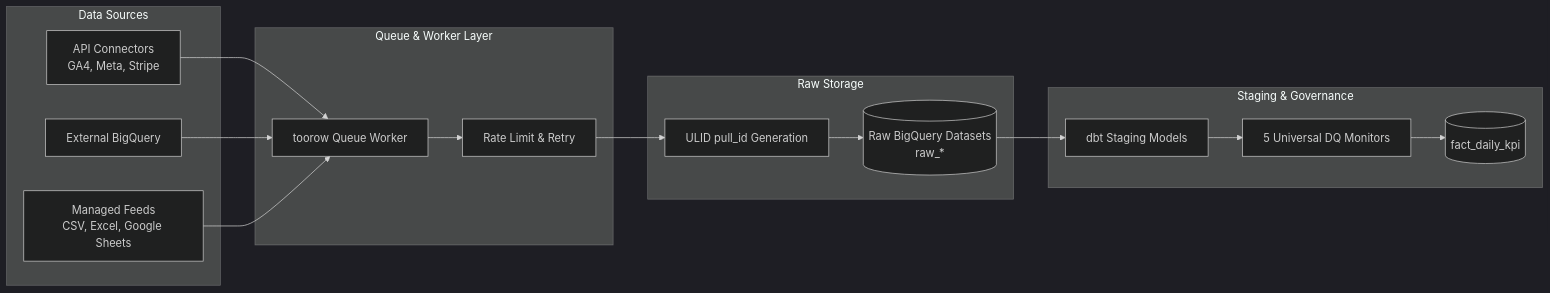
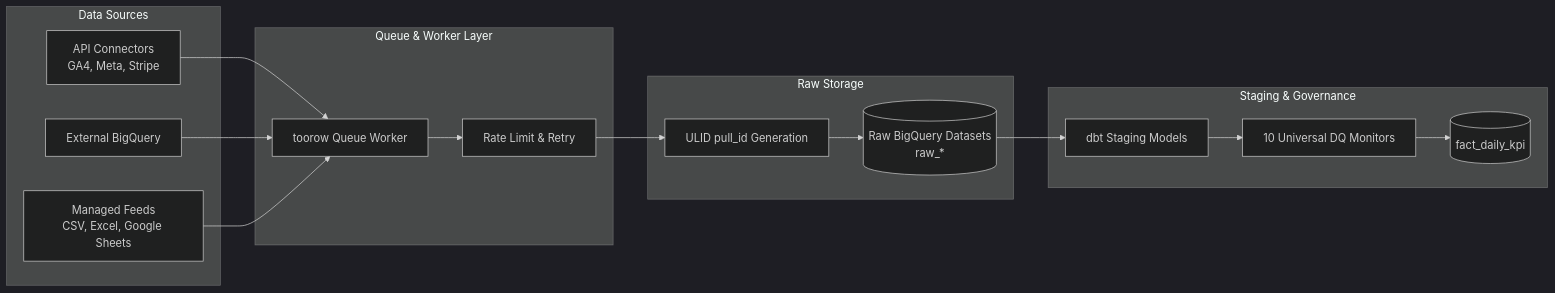
The diagram in docs/universal-datastreams.mdx (Toorow/Toorow), drawn with Mermaid (dark theme) before and after one commit. The commit also changed 30 other files, not shown here.

````diff
--- a/docs/universal-datastreams.mdx
+++ b/docs/universal-datastreams.mdx
@@ -12,31 +12,31 @@
 ```mermaid
 flowchart LR
     subgraph Data Sources
         API[API Connectors<br/>GA4, Meta, Stripe]
         EXT[External BigQuery]
         FEED[Managed Feeds<br/>CSV, Excel, Google Sheets]
     end
 
     subgraph Queue & Worker Layer
         Q[toorow Queue Worker]
         RL[Rate Limit & Retry]
     end
 
     subgraph Raw Storage
         ULID[ULID pull_id Generation]
         RAW[(Raw BigQuery Datasets<br/>raw_*)]
     end
 
     subgraph Staging & Governance
         DBT[dbt Staging Models]
-        DQ[5 Universal DQ Monitors]
+        DQ[10 Universal DQ Monitors]
         MART[(fact_daily_kpi)]
     end
 
     API --> Q
     EXT --> Q
     FEED --> Q
 
     Q --> RL --> ULID --> RAW
     RAW --> DBT --> DQ --> MART
 ```
````
